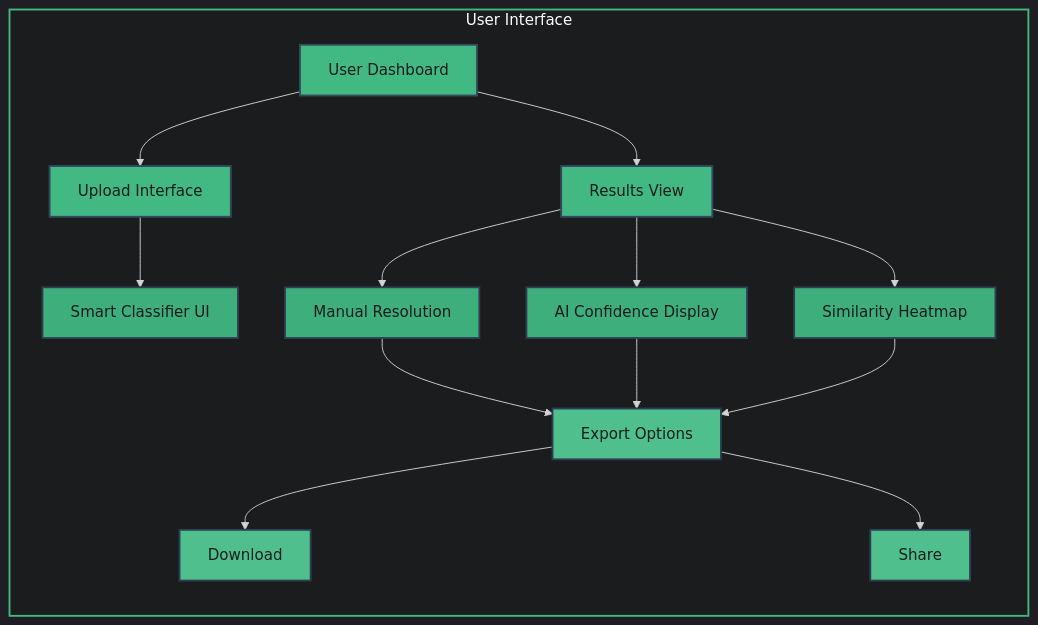
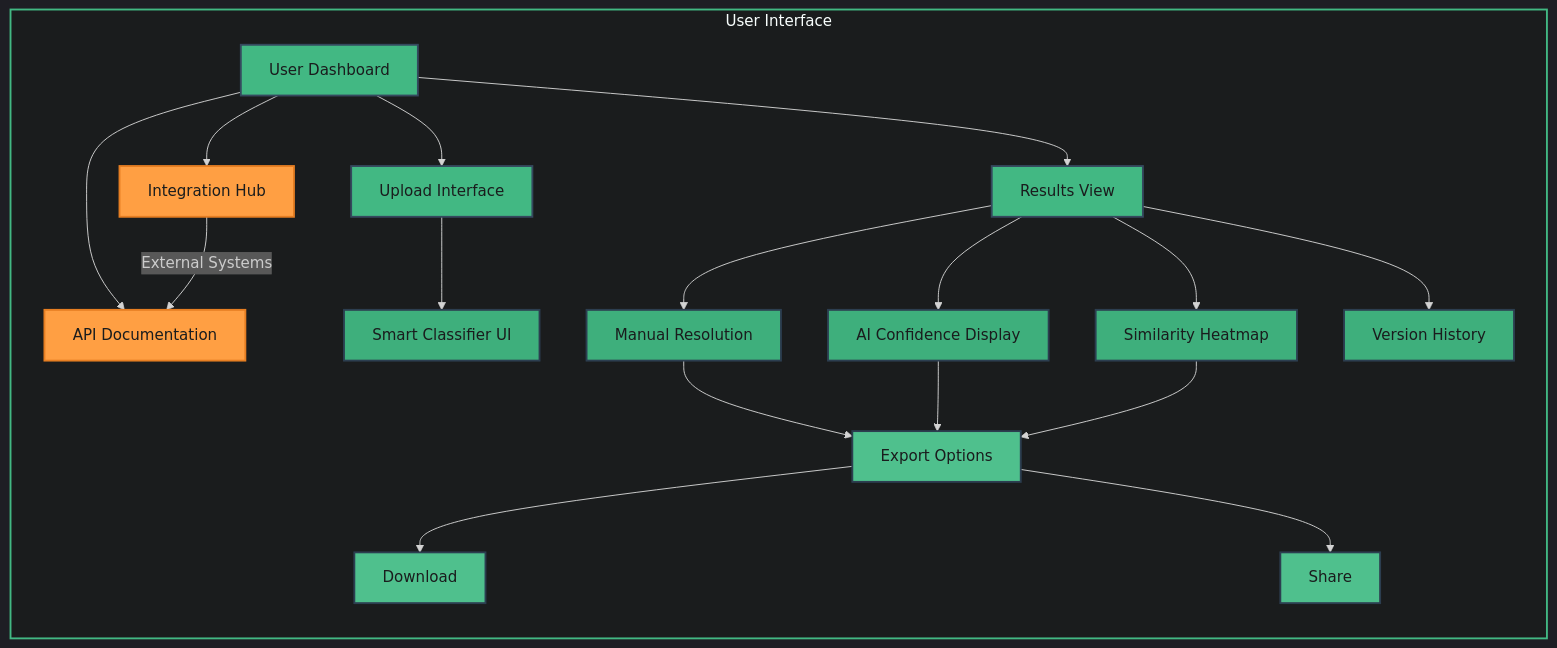
The second of 3 diagrams in ReadMe.md (jermsam/jdeduplix), drawn with Mermaid before and after one commit. The commit also changed other lines of this file, not shown here.

Commit message:
broken down diagram for clarity

````diff
--- a/ReadMe.md
+++ b/ReadMe.md
@@ -48,33 +66,42 @@
 ```mermaid
 %%{init: {'theme': 'dark', 'themeVariables': { 'darkMode': true }}}%%
 flowchart TD
     classDef primary fill:#42b883,stroke:#35495e,stroke-width:2px,color:#1a1c1d
     classDef secondary fill:#3eaf7c,stroke:#2c3e50,stroke-width:2px,color:#1a1c1d
     classDef action fill:#4fc08d,stroke:#2c3e50,stroke-width:2px,color:#1a1c1d
+    classDef api fill:#ff9f43,stroke:#e67e22,stroke-width:2px,color:#1a1c1d
 
     subgraph UI[User Interface]
         direction TB
         A[User Dashboard]:::primary
         B[Upload Interface]:::primary
         C[Results View]:::primary
         D[Smart Classifier UI]:::secondary
         E[Manual Resolution]:::secondary
         F[AI Confidence Display]:::secondary
         G[Similarity Heatmap]:::secondary
         H[Export Options]:::action
         I[Download]:::action
         J[Share]:::action
+        K[API Documentation]:::api
+        L[Version History]:::secondary
+        M[Integration Hub]:::api
         
         A --> B
         A --> C
+        A --> K
+        A --> M
         B --> D
         C --> E
         C --> F
         C --> G
+        C --> L
         E & F & G --> H
         H --> I
         H --> J
+        
+        M --> |External Systems| K
     end
 
     style UI fill:#1a1c1d,stroke:#42b883,stroke-width:2px
 ```
````
